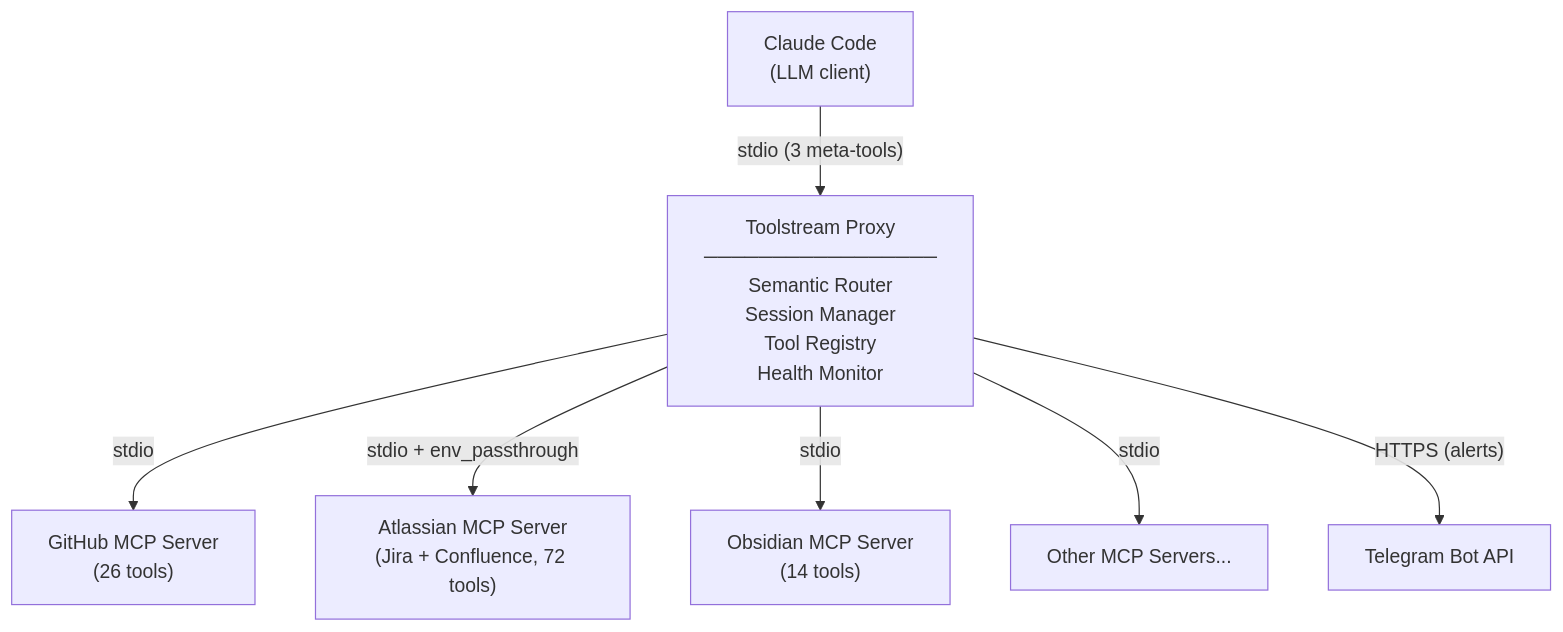
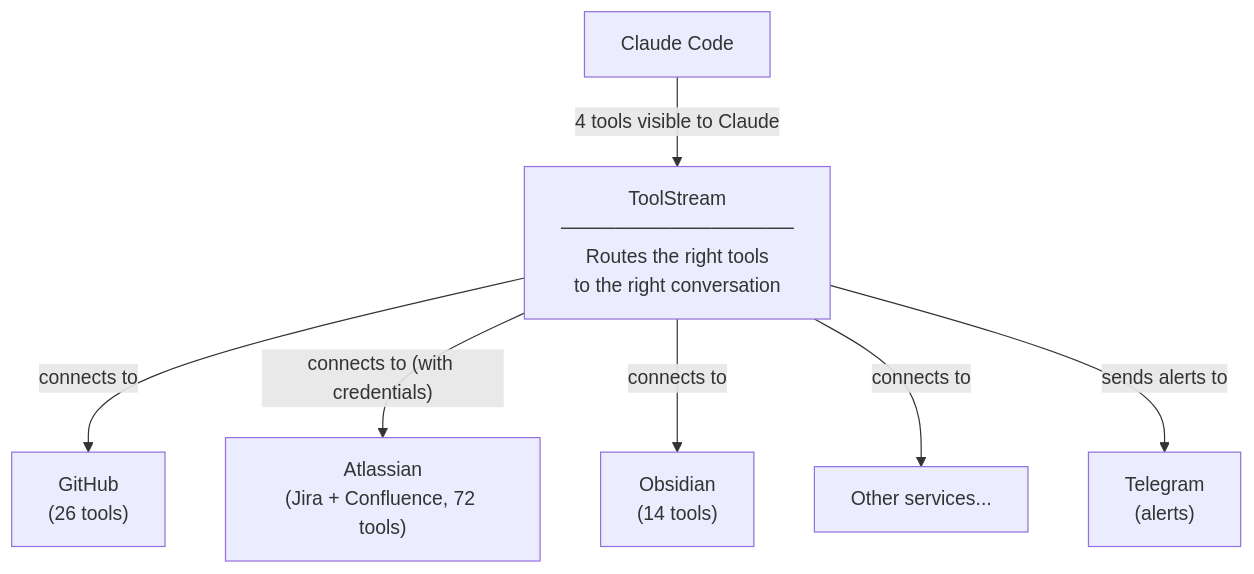
One commit to tylerwilliamwick/toolstream changed the diagram in README.md. Above: the diagram before and after it, drawn with Mermaid. The commit also changed other lines of this file and 7 other files, not shown here.

````diff
--- a/README.md
+++ b/README.md
@@ -14,17 +16,17 @@
 ```mermaid
 flowchart TD
-    Client["Claude Code\n(LLM client)"]
-    TS["Toolstream Proxy\n─────────────────\nSemantic Router\nSession Manager\nTool Registry\nHealth Monitor"]
-    GH["GitHub MCP Server\n(26 tools)"]
-    AT["Atlassian MCP Server\n(Jira + Confluence, 72 tools)"]
-    OB["Obsidian MCP Server\n(14 tools)"]
-    OT["Other MCP Servers..."]
-    TG["Telegram Bot API"]
+    Client["Claude Code"]
+    TS["ToolStream\n─────────────────\nRoutes the right tools\nto the right conversation"]
+    GH["GitHub\n(26 tools)"]
+    AT["Atlassian\n(Jira + Confluence, 72 tools)"]
+    OB["Obsidian\n(14 tools)"]
+    OT["Other services..."]
+    TG["Telegram\n(alerts)"]
 
-    Client -- "stdio (3 meta-tools)" --> TS
-    TS -- "stdio" --> GH
-    TS -- "stdio + env_passthrough" --> AT
-    TS -- "stdio" --> OB
-    TS -- "stdio" --> OT
-    TS -- "HTTPS (alerts)" --> TG
+    Client -- "4 tools visible to Claude" --> TS
+    TS -- "connects to" --> GH
+    TS -- "connects to (with credentials)" --> AT
+    TS -- "connects to" --> OB
+    TS -- "connects to" --> OT
+    TS -- "sends alerts to" --> TG
 ```
````
